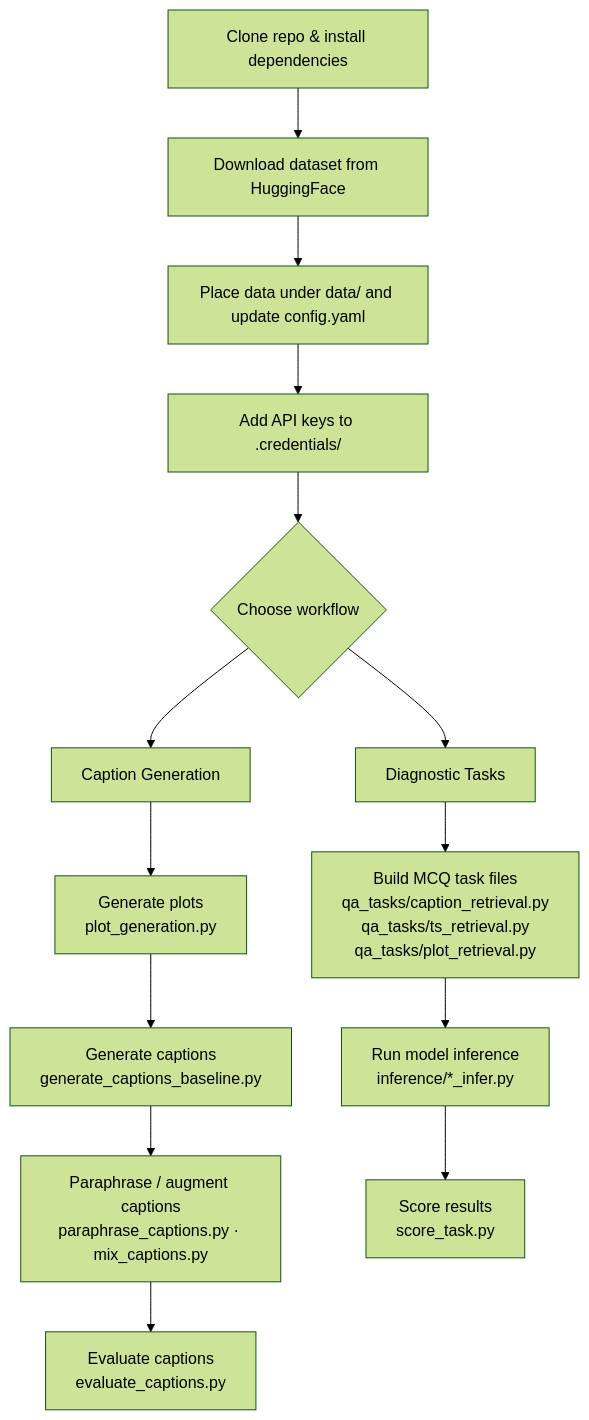
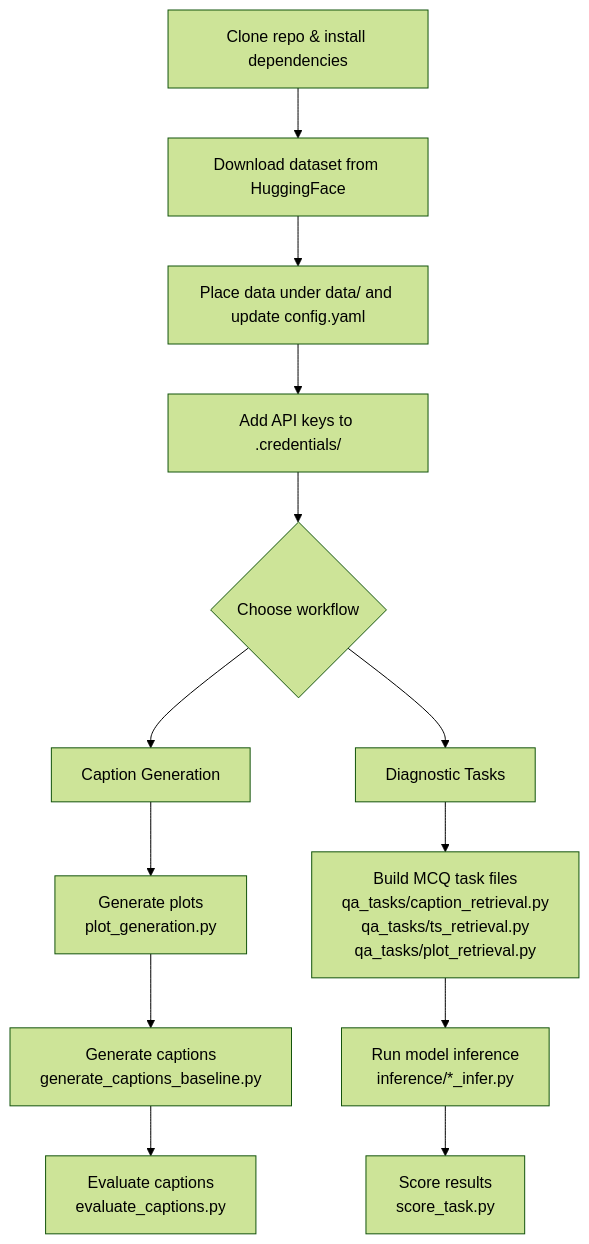
Before and after one commit to LuckerZOfficiaL/time-series-captioning: the diagram in README.md, drawn with Mermaid (forest theme).

Commit message:
Remove paraphrase/augment step from workflow flowchart

````diff
--- a/README.md
+++ b/README.md
@@ -118,19 +118,18 @@
 ```mermaid
 flowchart TD
     A[Clone repo & install dependencies] --> B[Download dataset from HuggingFace]
     B --> C[Place data under data/ and update config.yaml]
     C --> D[Add API keys to .credentials/]
     D --> E{Choose workflow}
 
     E --> F[Caption Generation]
     E --> G[Diagnostic Tasks]
 
     F --> F1["Generate plots\nplot_generation.py"]
     F1 --> F2["Generate captions\ngenerate_captions_baseline.py"]
-    F2 --> F3["Paraphrase / augment captions\nparaphrase_captions.py · mix_captions.py"]
-    F3 --> F4["Evaluate captions\nevaluate_captions.py"]
+    F2 --> F4["Evaluate captions\nevaluate_captions.py"]
 
     G --> G1["Build MCQ task files\nqa_tasks/caption_retrieval.py\nqa_tasks/ts_retrieval.py\nqa_tasks/plot_retrieval.py"]
     G1 --> G2["Run model inference\ninference/*_infer.py"]
     G2 --> G3["Score results\nscore_task.py"]
 ```
````
